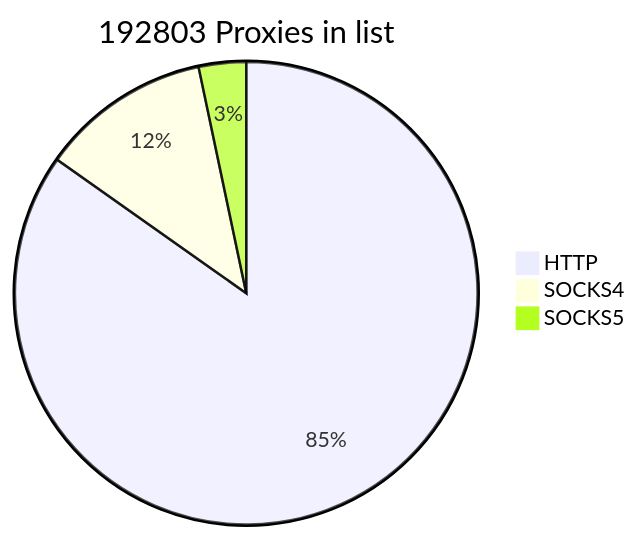
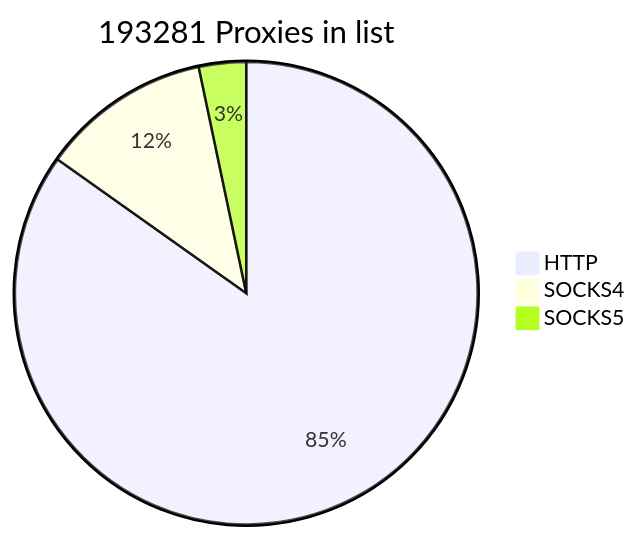
The first of 2 diagrams in README.md (cutipu/proxylist), drawn with Mermaid before and after one commit. The commit also changed other lines of this file, not shown here.

````diff
--- a/README.md
+++ b/README.md
@@ -2,7 +2,7 @@
 ```mermaid
-pie title 192803 Proxies in list
-    "HTTP" : 163471
-    "SOCKS4" : 22958
+pie title 193281 Proxies in list
+    "HTTP" : 163948
+    "SOCKS4" : 22959
     "SOCKS5" : 6374
             
 ```
````
